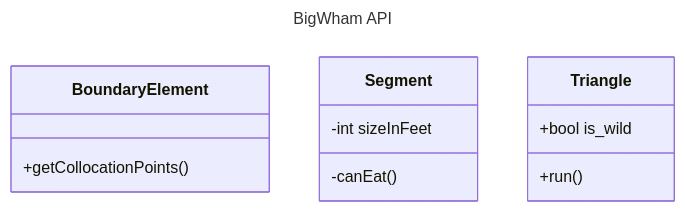
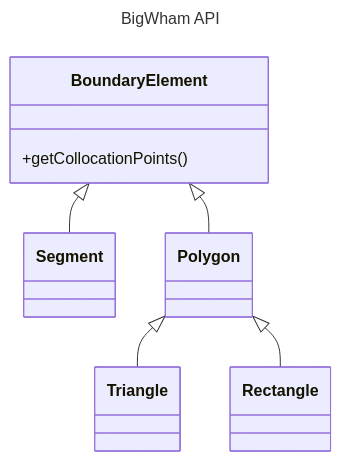
Before and after one commit to sbrisson-sudo/BigWham_dev: the diagram in API.md, drawn with Mermaid. The commit also changed other lines of this file, not shown here.

````diff
--- a/API.md
+++ b/API.md
@@ -1,17 +5,21 @@
 ```mermaid
 ---
 title: BigWham API
 ---
 classDiagram
+    BoundaryElement <|-- Segment
+    BoundaryElement <|-- Polygon
+    Polygon <|-- Triangle
+    Polygon <|-- Rectangle
+
+    
     class BoundaryElement{
         +getCollocationPoints()
     }
     class Segment{
-        -int sizeInFeet
-        -canEat()
     }
     class Triangle{
-        +bool is_wild
-        +run()
+    }
+    class Polygon{
     }
 ```
````
